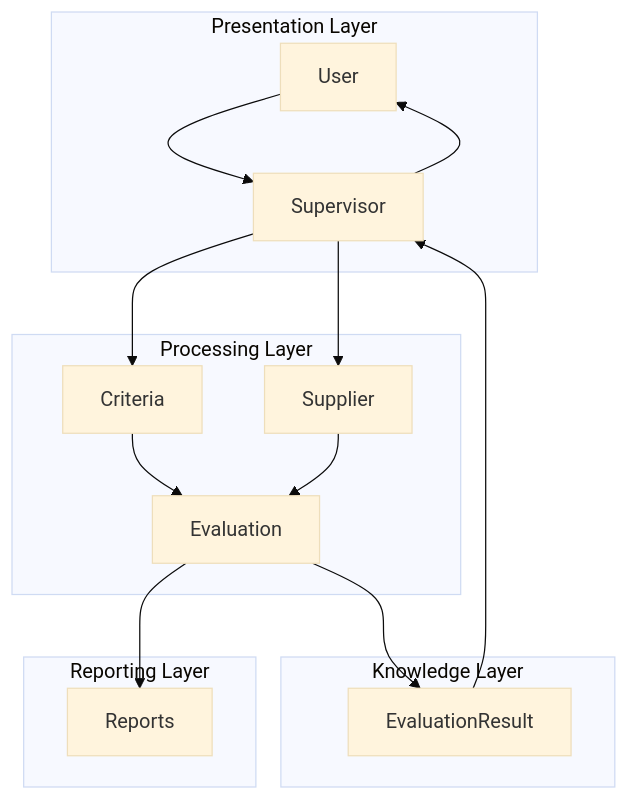
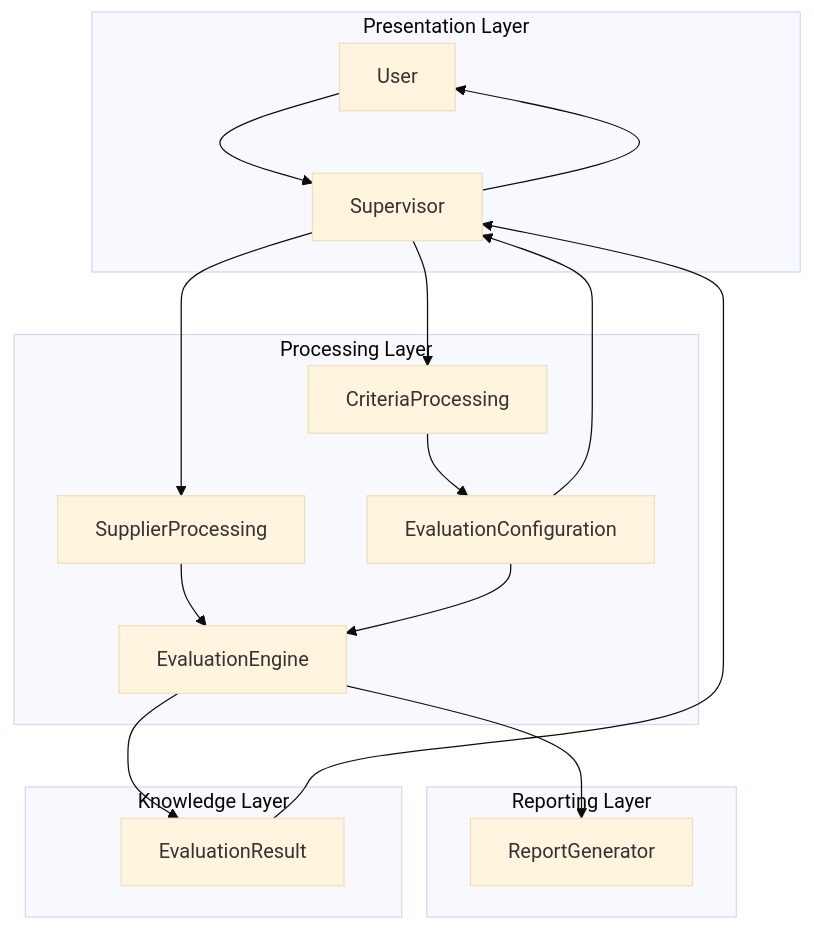
One commit to adityarane-ai/Agentic-Orchestrations changed the second of 7 diagrams in Bid Analysis Agent/04-System-Architecture.md. Above: the diagram before and after it, drawn with Mermaid (base theme). The commit also changed other lines of this file, not shown here.

````diff
--- a/Bid Analysis Agent/04-System-Architecture.md
+++ b/Bid Analysis Agent/04-System-Architecture.md
@@ -79,48 +88,53 @@
 ```mermaid
 flowchart TB
 
 subgraph Presentation Layer
 
 User
 Supervisor
 
 end
 
 subgraph Processing Layer
 
-Criteria
-Supplier
-Evaluation
+CriteriaProcessing
+EvaluationConfiguration
+SupplierProcessing
+EvaluationEngine
 
 end
 
 subgraph Reporting Layer
 
-Reports
+ReportGenerator
 
 end
 
 subgraph Knowledge Layer
 
 EvaluationResult
 
 end
 
 User --> Supervisor
 
-Supervisor --> Criteria
+Supervisor --> CriteriaProcessing
 
-Supervisor --> Supplier
+CriteriaProcessing --> EvaluationConfiguration
 
-Criteria --> Evaluation
+EvaluationConfiguration --> Supervisor
 
-Supplier --> Evaluation
+Supervisor --> SupplierProcessing
 
-Evaluation --> Reports
+SupplierProcessing --> EvaluationEngine
 
-Evaluation --> EvaluationResult
+EvaluationConfiguration --> EvaluationEngine
+
+EvaluationEngine --> ReportGenerator
+
+EvaluationEngine --> EvaluationResult
 
 EvaluationResult --> Supervisor
 
 Supervisor --> User
 ```
````
